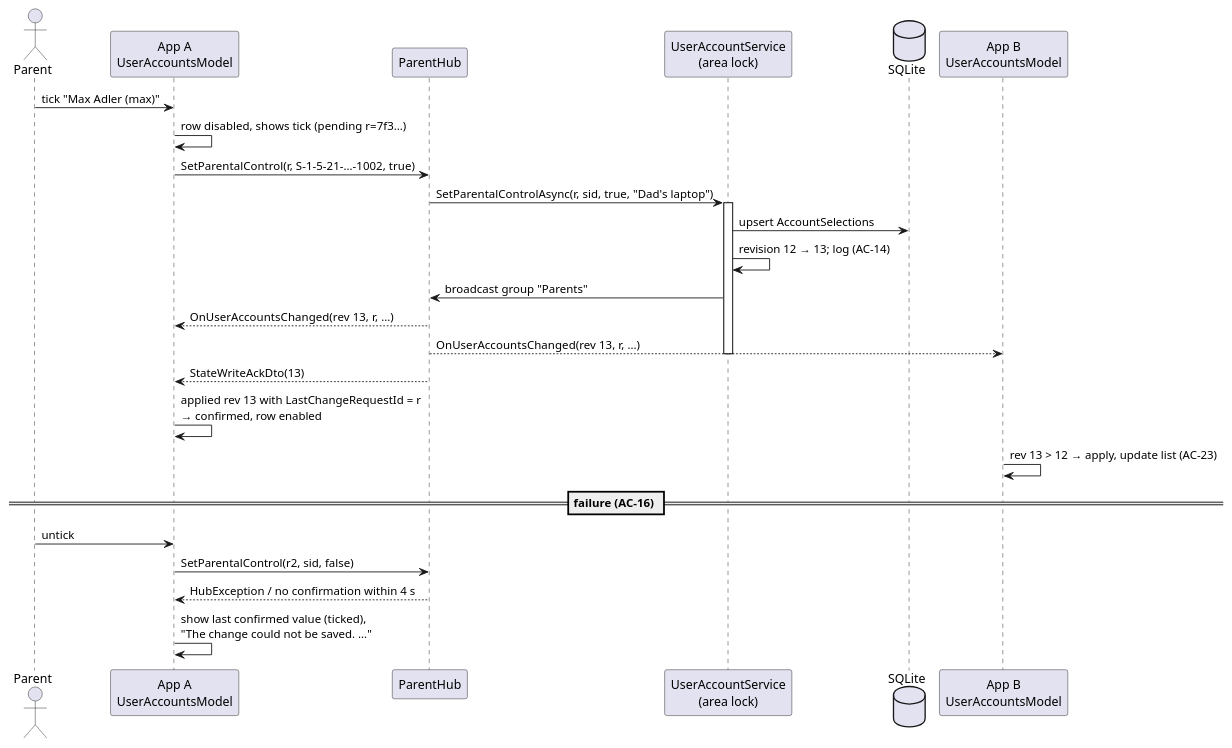
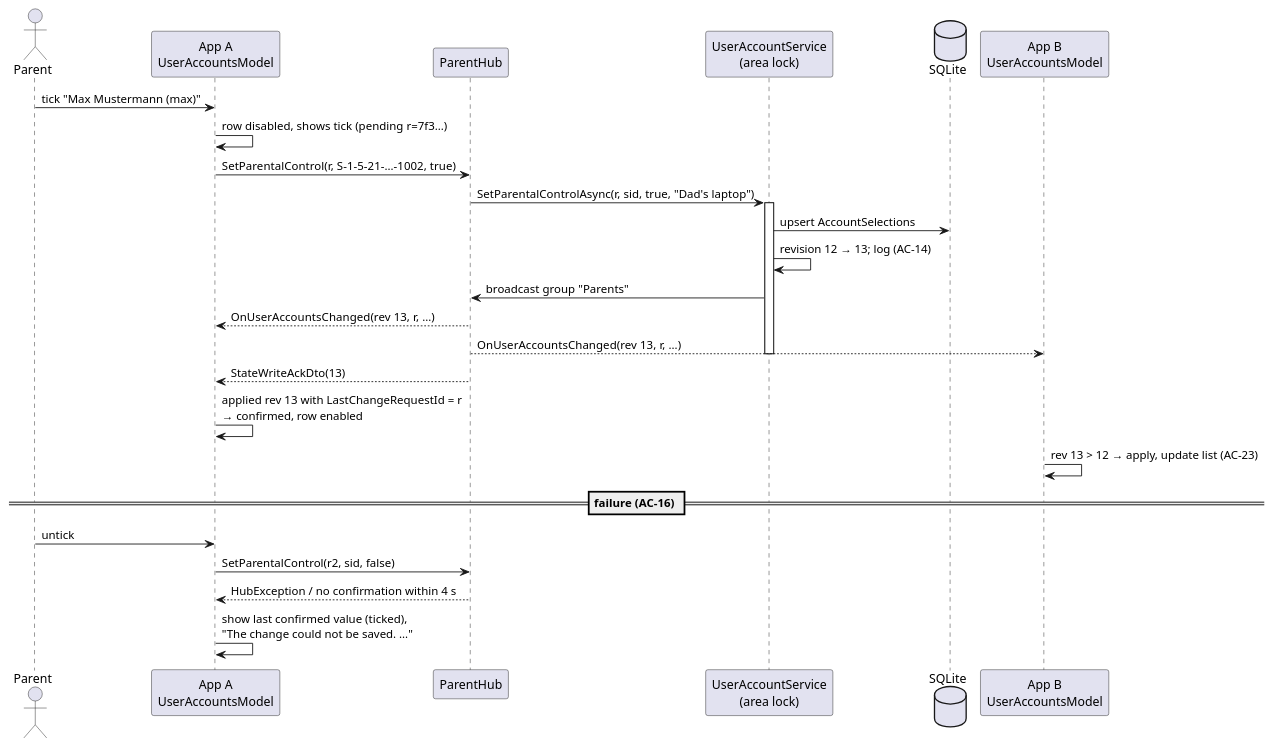
Before and after one commit to adlemich/EagleEye: the fourth of 5 diagrams in 02_Implementation/docs/requirements/user-stories/US-003/implementation-plan.md, drawn with PlantUML. The commit also changed other lines of this file and 220 other files, not shown here.

````diff
--- a/02_Implementation/docs/requirements/user-stories/US-003/implementation-plan.md
+++ b/02_Implementation/docs/requirements/user-stories/US-003/implementation-plan.md
@@ -411,31 +411,31 @@
 ```plantuml
 @startuml US-003 Write
 actor Parent
 participant "App A\nUserAccountsModel" as A
 participant "ParentHub" as HUB
 participant "UserAccountService\n(area lock)" as UAS
 database "SQLite" as DB
 participant "App B\nUserAccountsModel" as B
 
-Parent -> A : tick "Max Adler (max)"
+Parent -> A : tick "Max Mustermann (max)"
 A -> A : row disabled, shows tick (pending r=7f3…)
 A -> HUB : SetParentalControl(r, S-1-5-21-…-1002, true)
 HUB -> UAS : SetParentalControlAsync(r, sid, true, "Dad's laptop")
 activate UAS
 UAS -> DB : upsert AccountSelections
 UAS -> UAS : revision 12 → 13; log (AC-14)
 UAS -> HUB : broadcast group "Parents"
 HUB --> A : OnUserAccountsChanged(rev 13, r, …)
 HUB --> B : OnUserAccountsChanged(rev 13, r, …)
 deactivate UAS
 HUB --> A : StateWriteAckDto(13)
 A -> A : applied rev 13 with LastChangeRequestId = r\n→ confirmed, row enabled
 B -> B : rev 13 > 12 → apply, update list (AC-23)
 
 == failure (AC-16) ==
 Parent -> A : untick
 A -> HUB : SetParentalControl(r2, sid, false)
 HUB --> A : HubException / no confirmation within 4 s
 A -> A : show last confirmed value (ticked),\n"The change could not be saved. …"
 @enduml
 ```
````
